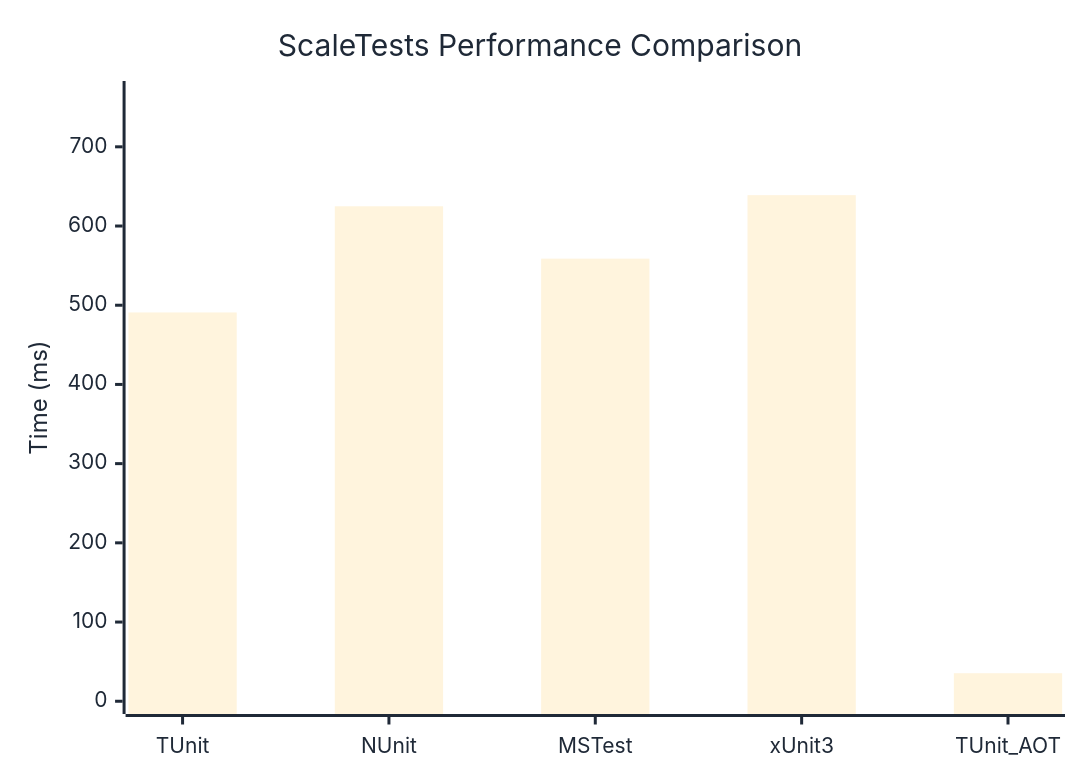
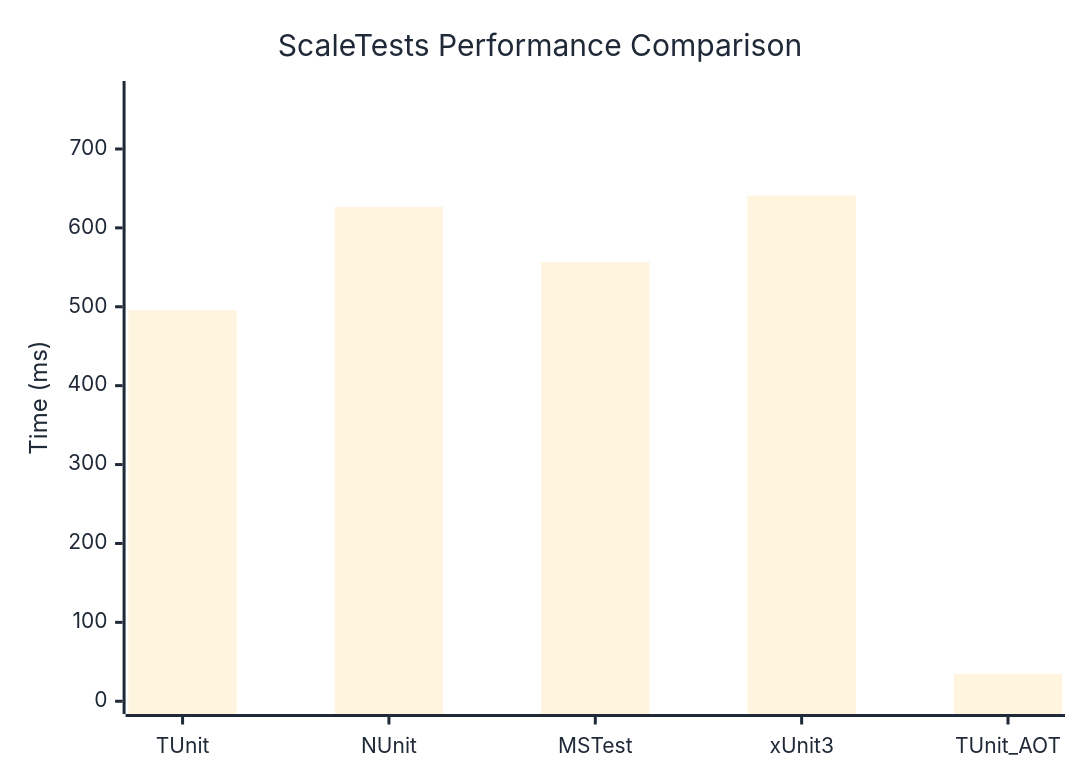
The diagram in docs/docs/benchmarks/ScaleTests.md (thomhurst/TUnit), drawn with Mermaid before and after one commit. The commit also changed other lines of this file and 17 other files, not shown here.

````diff
--- a/docs/docs/benchmarks/ScaleTests.md
+++ b/docs/docs/benchmarks/ScaleTests.md
@@ -27,37 +27,37 @@
 ```mermaid
 %%{init: {
   'theme':'base',
   'themeVariables': {
     'primaryColor': '#2563eb',
     'primaryTextColor': '#1f2937',
     'primaryBorderColor': '#1e40af',
     'lineColor': '#6b7280',
     'secondaryColor': '#7c3aed',
     'tertiaryColor': '#dc2626',
     'background': '#ffffff',
     'mainBkg': '#2563eb',
     'secondBkg': '#7c3aed',
     'tertiaryBkg': '#dc2626',
     'clusterBkg': '#f3f4f6',
     'edgeLabelBackground': '#ffffff',
     'tertiaryTextColor': '#1f2937',
     'pie1': '#2563eb',
     'pie2': '#7c3aed',
     'pie3': '#dc2626',
     'pie4': '#f59e0b',
     'pie5': '#10b981',
     'pie6': '#06b6d4',
     'pie7': '#ec4899',
     'pie8': '#6366f1',
     'pie9': '#84cc16',
     'pie10': '#f97316',
     'pie11': '#14b8a6',
     'pie12': '#a855f7'
   }
 }}%%
 xychart-beta
   title "ScaleTests Performance Comparison"
   x-axis ["TUnit", "NUnit", "MSTest", "xUnit3", "TUnit_AOT"]
-  y-axis "Time (ms)" 0 --> 767
-  bar [490.87, 624.95, 558.79, 638.96, 35.39]
+  y-axis "Time (ms)" 0 --> 770
+  bar [495.81, 626.53, 556.63, 640.97, 34.65]
 ```
````
